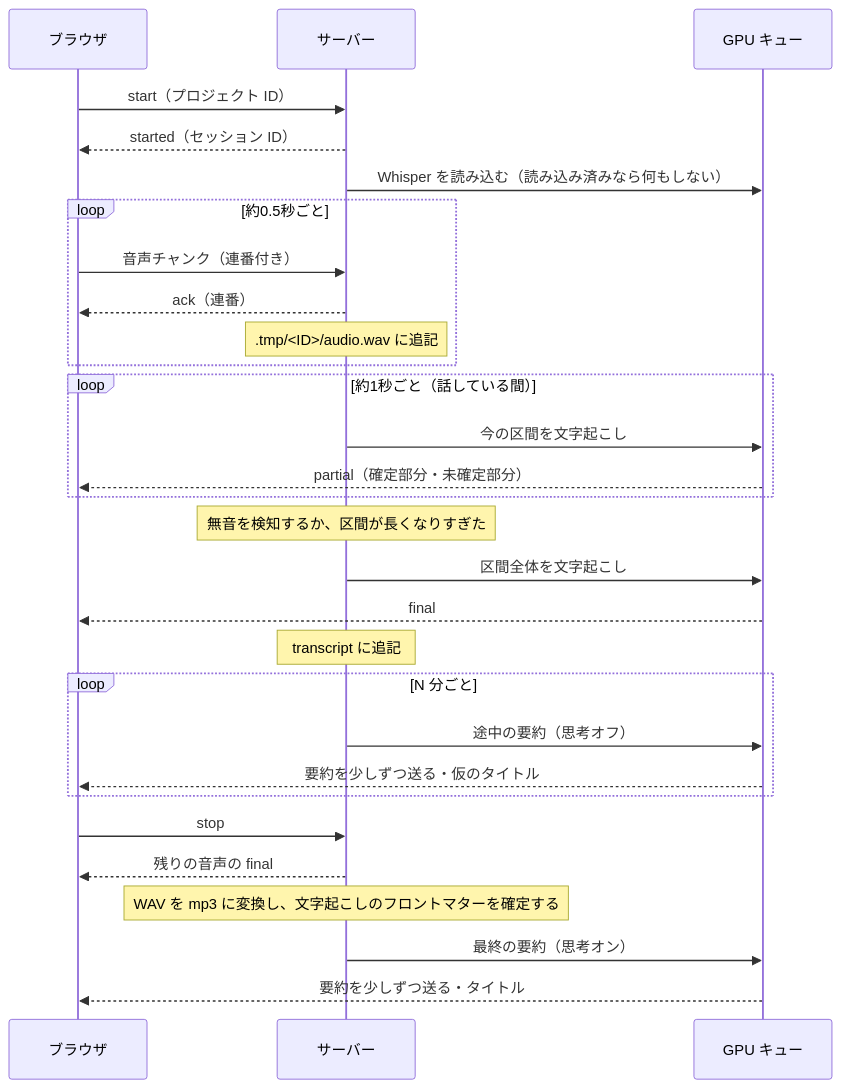
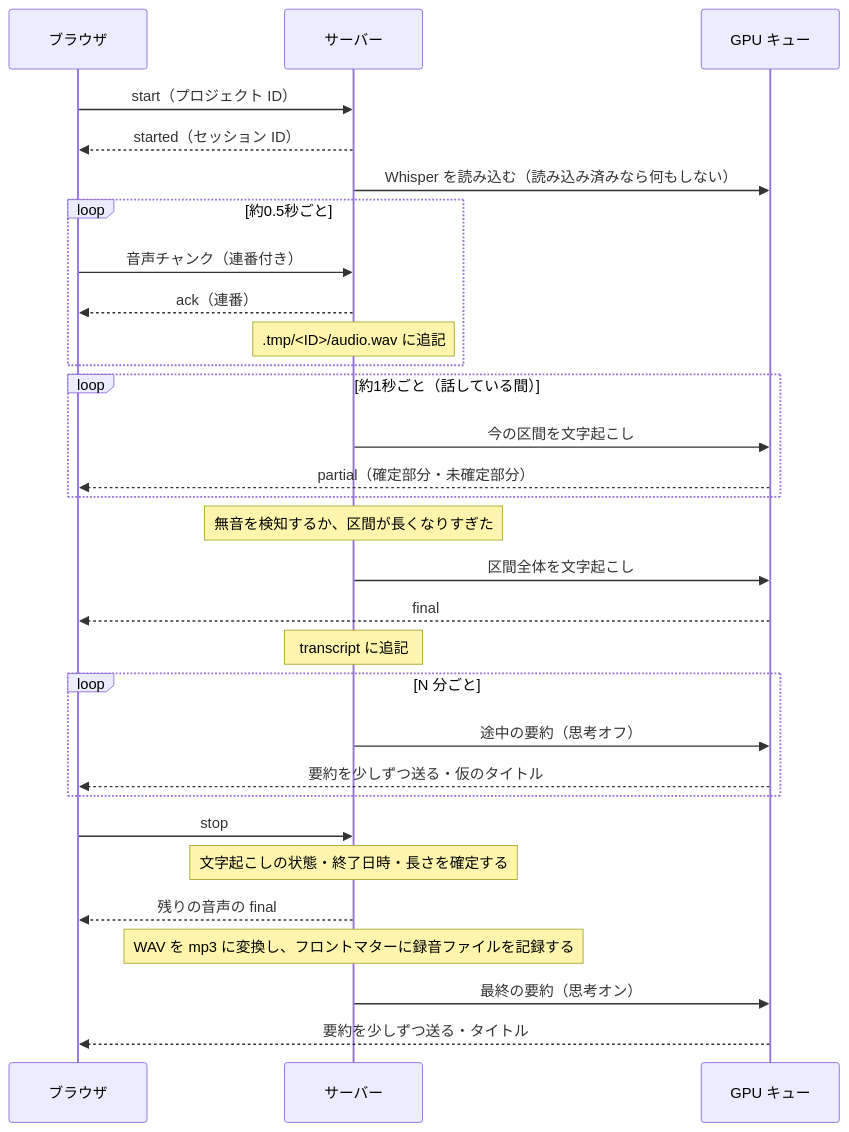
Before and after one commit to Studio-Takumi/remote-whisper: the third of 3 diagrams in docs/spec.md, drawn with Mermaid. The commit also changed other lines of this file and 4 other files, not shown here.

````diff
--- a/docs/spec.md
+++ b/docs/spec.md
@@ -310,31 +310,32 @@
 ```mermaid
 sequenceDiagram
     participant B as ブラウザ
     participant S as サーバー
     participant Q as GPU キュー
     B->>S: start（プロジェクト ID）
     S-->>B: started（セッション ID）
     S->>Q: Whisper を読み込む（読み込み済みなら何もしない）
     loop 約0.5秒ごと
         B->>S: 音声チャンク（連番付き）
         S-->>B: ack（連番）
         Note over S: .tmp/<ID>/audio.wav に追記
     end
     loop 約1秒ごと（話している間）
         S->>Q: 今の区間を文字起こし
         Q-->>B: partial（確定部分・未確定部分）
     end
     Note over S: 無音を検知するか、区間が長くなりすぎた
     S->>Q: 区間全体を文字起こし
     Q-->>B: final
     Note over S: transcript に追記
     loop N 分ごと
         S->>Q: 途中の要約（思考オフ）
         Q-->>B: 要約を少しずつ送る・仮のタイトル
     end
     B->>S: stop
+    Note over S: 文字起こしの状態・終了日時・長さを確定する
     S-->>B: 残りの音声の final
-    Note over S: WAV を mp3 に変換し、文字起こしのフロントマターを確定する
+    Note over S: WAV を mp3 に変換し、フロントマターに録音ファイルを記録する
     S->>Q: 最終の要約（思考オン）
     Q-->>B: 要約を少しずつ送る・タイトル
 ```
````
